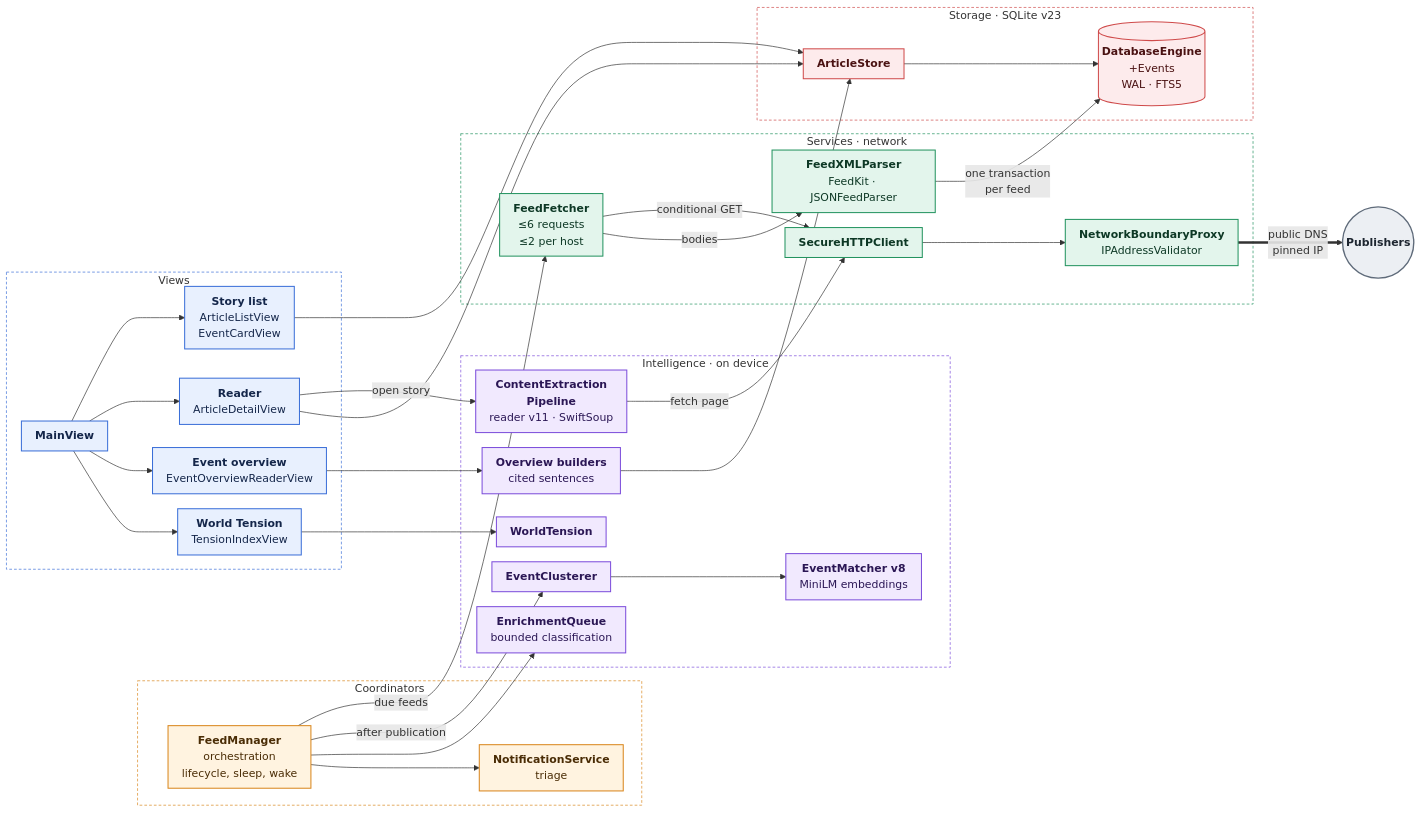
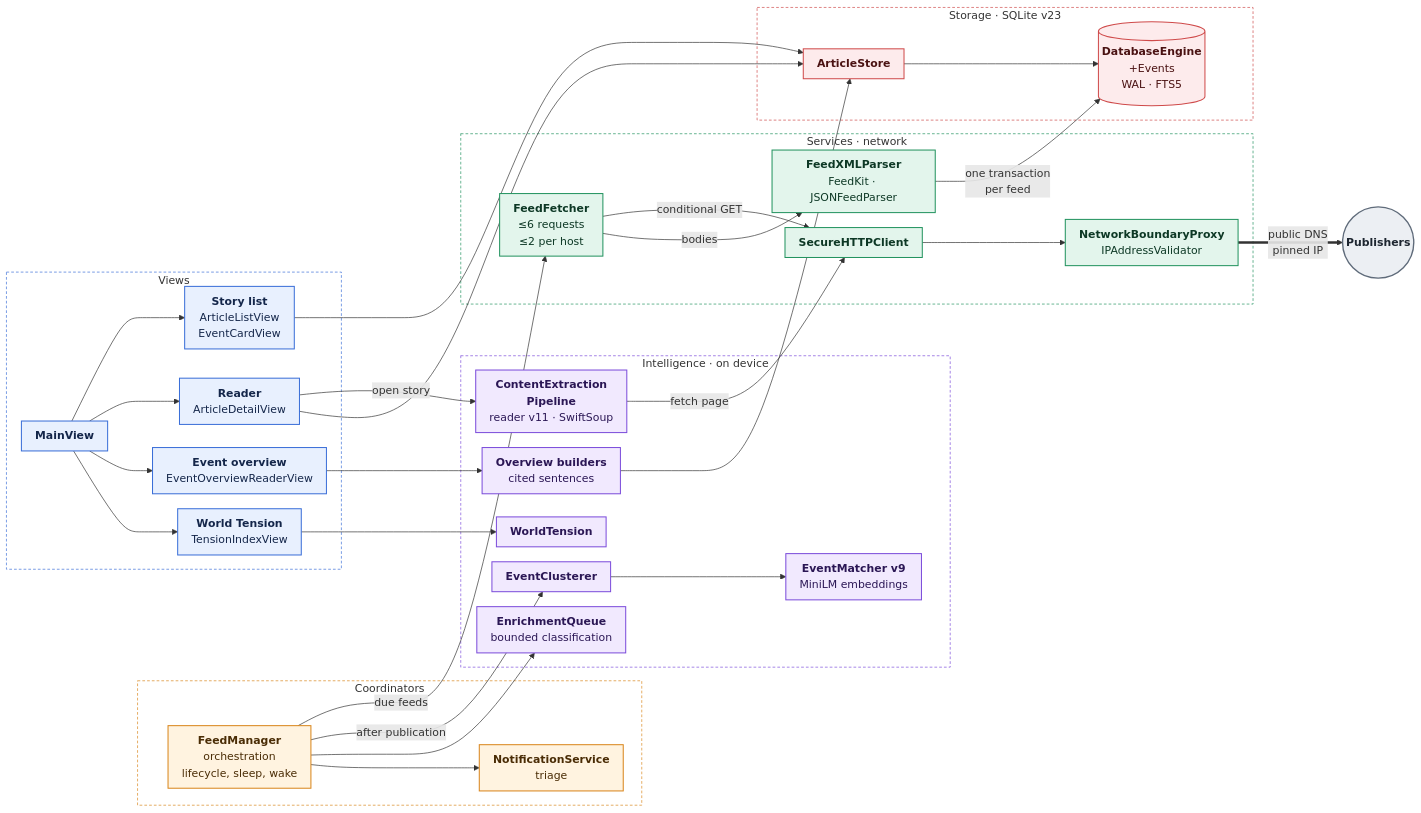
One commit to marspater/NewsApp-macOS changed the first of 3 diagrams in docs/ARCHITECTURE.md. Above: the diagram before and after it, drawn with Mermaid. The commit also changed other lines of this file and 8 other files, not shown here.

````diff
--- a/docs/ARCHITECTURE.md
+++ b/docs/ARCHITECTURE.md
@@ -22,75 +22,75 @@
 ```mermaid
 %%{init: {"flowchart": {"curve": "basis", "nodeSpacing": 22, "rankSpacing": 44, "padding": 10}}}%%
 flowchart LR
     subgraph Coord["Coordinators"]
         FM["<b>FeedManager</b><br/>orchestration<br/>lifecycle, sleep, wake"]
         NS["<b>NotificationService</b><br/>triage"]
     end
 
     subgraph UI["Views"]
         Main["<b>MainView</b>"]
         List["<b>Story list</b><br/>ArticleListView<br/>EventCardView"]
         Reader["<b>Reader</b><br/>ArticleDetailView"]
         Overview["<b>Event overview</b><br/>EventOverviewReaderView"]
         Tension["<b>World Tension</b><br/>TensionIndexView"]
     end
 
     subgraph Intel["Intelligence · on device"]
         EQ["<b>EnrichmentQueue</b><br/>bounded classification"]
         EC["<b>EventClusterer</b>"]
-        EM["<b>EventMatcher v8</b><br/>MiniLM embeddings"]
+        EM["<b>EventMatcher v9</b><br/>MiniLM embeddings"]
         CEP["<b>ContentExtraction<br/>Pipeline</b><br/>reader v11 · SwiftSoup"]
         OV["<b>Overview builders</b><br/>cited sentences"]
         WT["<b>WorldTension</b>"]
     end
 
     subgraph Svc["Services · network"]
         FF["<b>FeedFetcher</b><br/>≤6 requests<br/>≤2 per host"]
         Parse["<b>FeedXMLParser</b><br/>FeedKit · JSONFeedParser"]
         HTTP["<b>SecureHTTPClient</b>"]
         GW["<b>NetworkBoundaryProxy</b><br/>IPAddressValidator"]
     end
 
     subgraph Store["Storage · SQLite v23"]
         AS["<b>ArticleStore</b>"]
         DB[("<b>DatabaseEngine</b><br/>+Events<br/>WAL · FTS5")]
     end
 
     Net(("<b>Publishers</b>"))
 
     FM -->|due feeds| FF
     FM -->|after publication| EC
     FM --> EQ & NS
     EC --> EM
     FF -->|conditional GET| HTTP
     FF -->|bodies| Parse
     Parse -->|one transaction<br/>per feed| DB
     Main --> List & Reader & Overview & Tension
     Reader -->|open story| CEP
     CEP -->|fetch page| HTTP
     HTTP --> GW
     GW ==>|public DNS<br/>pinned IP| Net
     Overview --> OV
     OV --> AS
     List & Reader --> AS
     AS --> DB
     Tension --> WT
 
     classDef ui fill:#E8F0FE,stroke:#3B6FD8,stroke-width:1.5px,color:#14264A
     classDef coord fill:#FFF3E0,stroke:#D9861C,stroke-width:1.5px,color:#4A2C05
     classDef intel fill:#F1E9FE,stroke:#7C4DDB,stroke-width:1.5px,color:#2B1755
     classDef svc fill:#E3F5EC,stroke:#23935F,stroke-width:1.5px,color:#0D3825
     classDef store fill:#FDEBEC,stroke:#CF4A4A,stroke-width:1.5px,color:#4A1212
     classDef ext fill:#ECEFF3,stroke:#5F6B7A,stroke-width:2px,color:#1E2630
     class Main,List,Reader,Overview,Tension ui
     class FM,NS coord
     class CEP,EQ,EC,EM,OV,WT intel
     class FF,Parse,HTTP,GW svc
     class AS,DB store
     class Net ext
     style UI fill:none,stroke:#3B6FD8,stroke-dasharray:4 3
     style Coord fill:none,stroke:#D9861C,stroke-dasharray:4 3
     style Intel fill:none,stroke:#7C4DDB,stroke-dasharray:4 3
     style Svc fill:none,stroke:#23935F,stroke-dasharray:4 3
     style Store fill:none,stroke:#CF4A4A,stroke-dasharray:4 3
 ```
````
